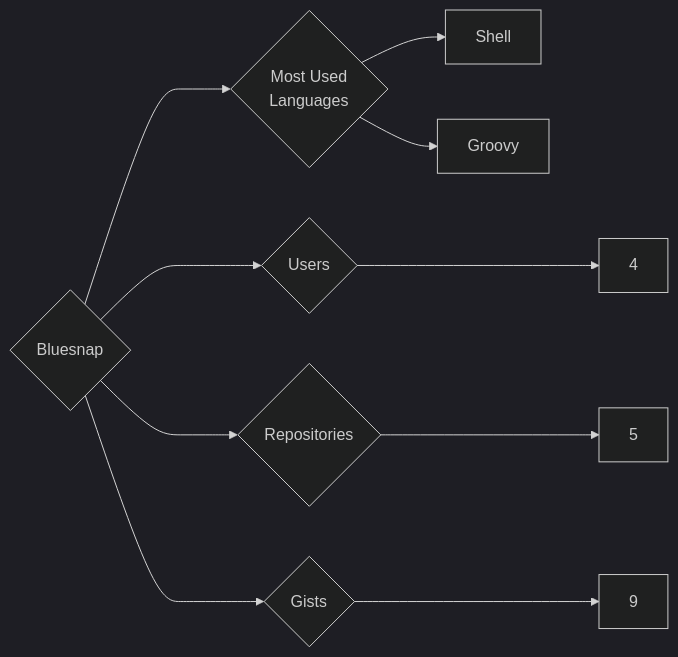
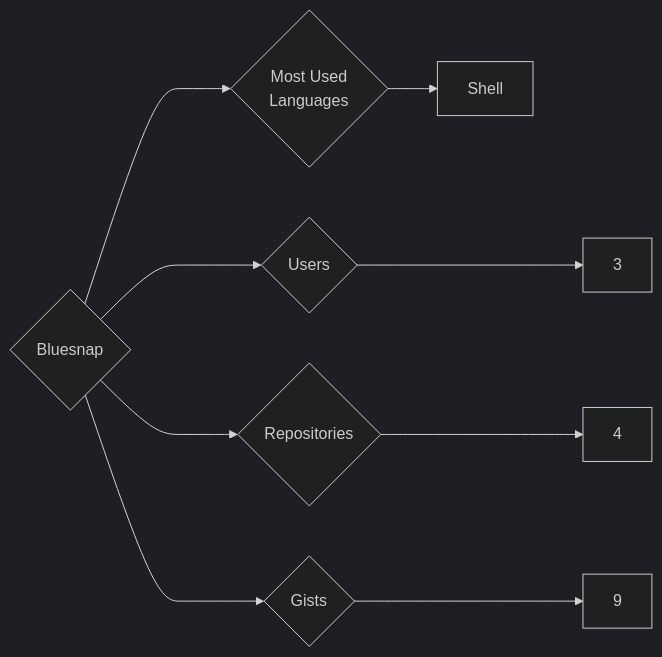
Before and after one commit to trickest/insiders: the diagram in targets/Bluesnap/README.md, drawn with Mermaid (dark theme). The commit also changed 1078 other files, not shown here.

````diff
--- a/targets/Bluesnap/README.md
+++ b/targets/Bluesnap/README.md
@@ -3,10 +3,9 @@
 ```mermaid
 graph LR
 COMPANY_NAME{Bluesnap}
-COMPANY_NAME ---> U{Users} ---> UN[4]
-COMPANY_NAME ---> R{Repositories} ---> RN[5]
+COMPANY_NAME ---> U{Users} ---> UN[3]
+COMPANY_NAME ---> R{Repositories} ---> RN[4]
 COMPANY_NAME ---> G{Gists} ---> GN[9]
 COMPANY_NAME ---> ML{Most Used<br>Languages}
 ML --> Shell[Shell]
-ML --> Groovy[Groovy]
 ```
````
